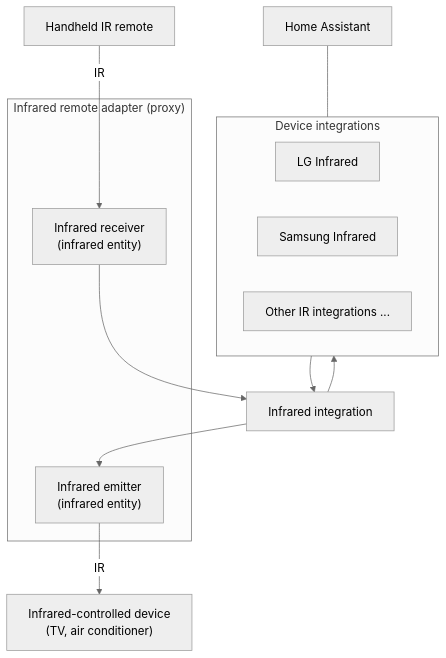
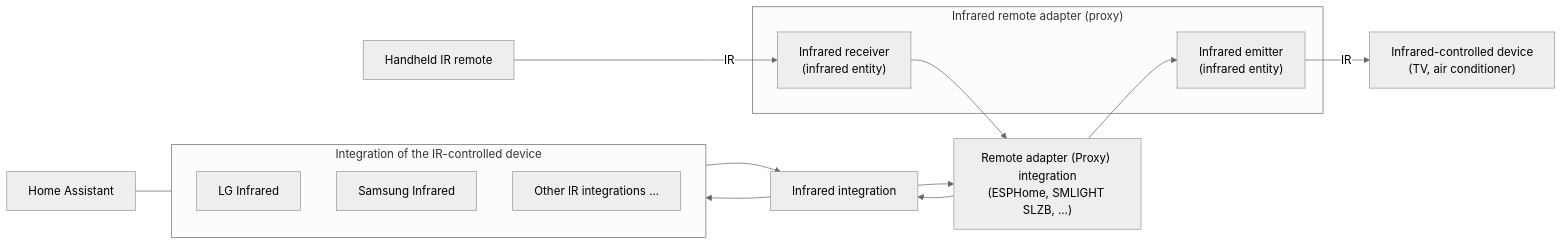
Before and after one commit to home-assistant/home-assistant.io: the diagram in source/images/integrations/infrared/infrared-overview.mmd, drawn with Mermaid (neutral theme). The commit also changed 4 other files, not shown here.

```diff
--- a/source/images/integrations/infrared/infrared-overview.mmd
+++ b/source/images/integrations/infrared/infrared-overview.mmd
@@ -1,26 +1,30 @@
-flowchart TD
+flowchart LR
+    REMOTE["Handheld IR remote"]
     HA["Home Assistant"]
 
-    subgraph DEV["Device integrations"]
+    subgraph DEV["Integration of the IR-controlled device"]
         LG["LG Infrared"]
         SAM["Samsung Infrared"]
         OTHER["Other IR integrations ..."]
     end
 
     IRINT["Infrared integration"]
 
+    PROXYINT["Remote adapter (Proxy) integration<br/>(ESPHome, SMLIGHT SLZB, ...)"]
+
     subgraph ADAPTER["Infrared remote adapter (proxy)"]
         EM["Infrared emitter<br/>(infrared entity)"]
         RC["Infrared receiver<br/>(infrared entity)"]
     end
 
     TV["Infrared-controlled device<br/>(TV, air conditioner)"]
-    REMOTE["Handheld IR remote"]
 
     HA --- DEV
     DEV --> IRINT
-    IRINT --> EM
+    IRINT --> PROXYINT
+    PROXYINT --> EM
     EM -->|"IR"| TV
     REMOTE -->|"IR"| RC
-    RC --> IRINT
+    RC --> PROXYINT
+    PROXYINT --> IRINT
     IRINT --> DEV
```
